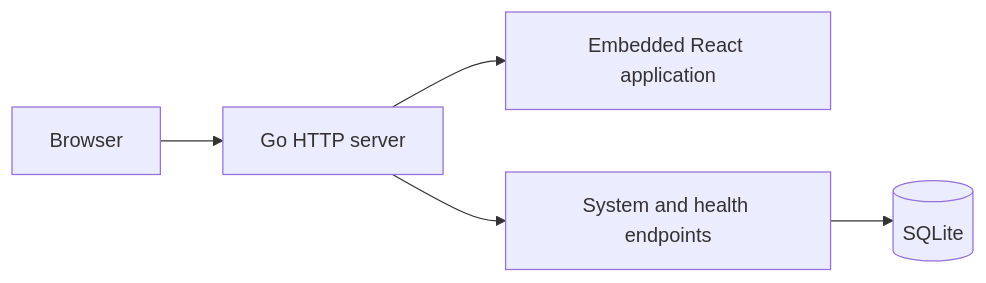
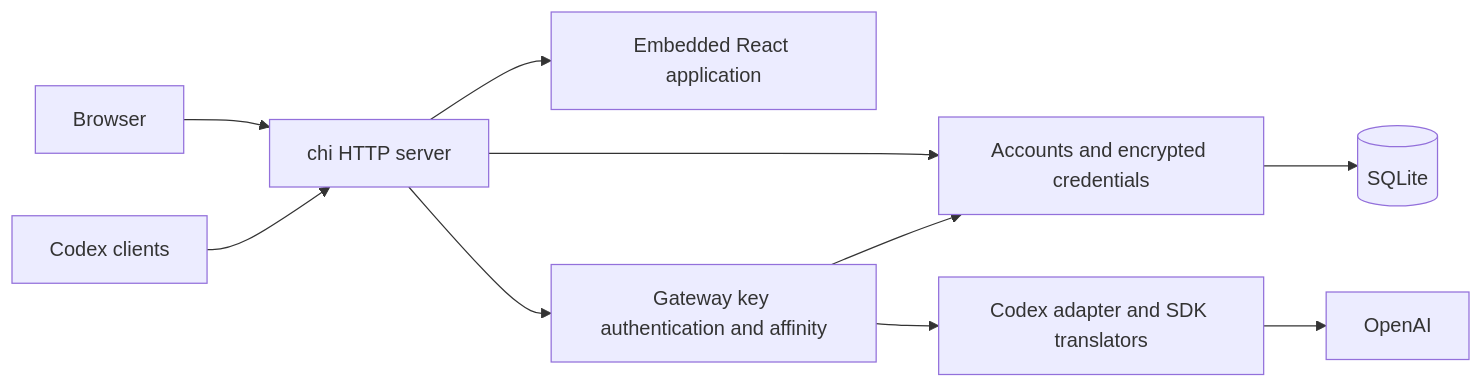
Before and after one commit to murongg/SubLane: the diagram in docs/architecture.md, drawn with Mermaid. The commit also changed other lines of this file and 67 other files, not shown here.

Commit message:
feat(codex): add subscription accounts and gateway forwarding

````diff
--- a/docs/architecture.md
+++ b/docs/architecture.md
@@ -7,7 +7,12 @@
 ```mermaid
 flowchart LR
-  Browser[Browser] --> HTTP[Go HTTP server]
+  Browser[Browser] --> HTTP[chi HTTP server]
+  Clients[Codex clients] --> HTTP
   HTTP --> SPA[Embedded React application]
-  HTTP --> System[System and health endpoints]
-  System --> DB[(SQLite)]
+  HTTP --> Accounts[Accounts and encrypted credentials]
+  Accounts --> DB[(SQLite)]
+  HTTP --> Gateway[Gateway key authentication and affinity]
+  Gateway --> Accounts
+  Gateway --> Adapter[Codex adapter and SDK translators]
+  Adapter --> OpenAI[OpenAI]
 ```
````
